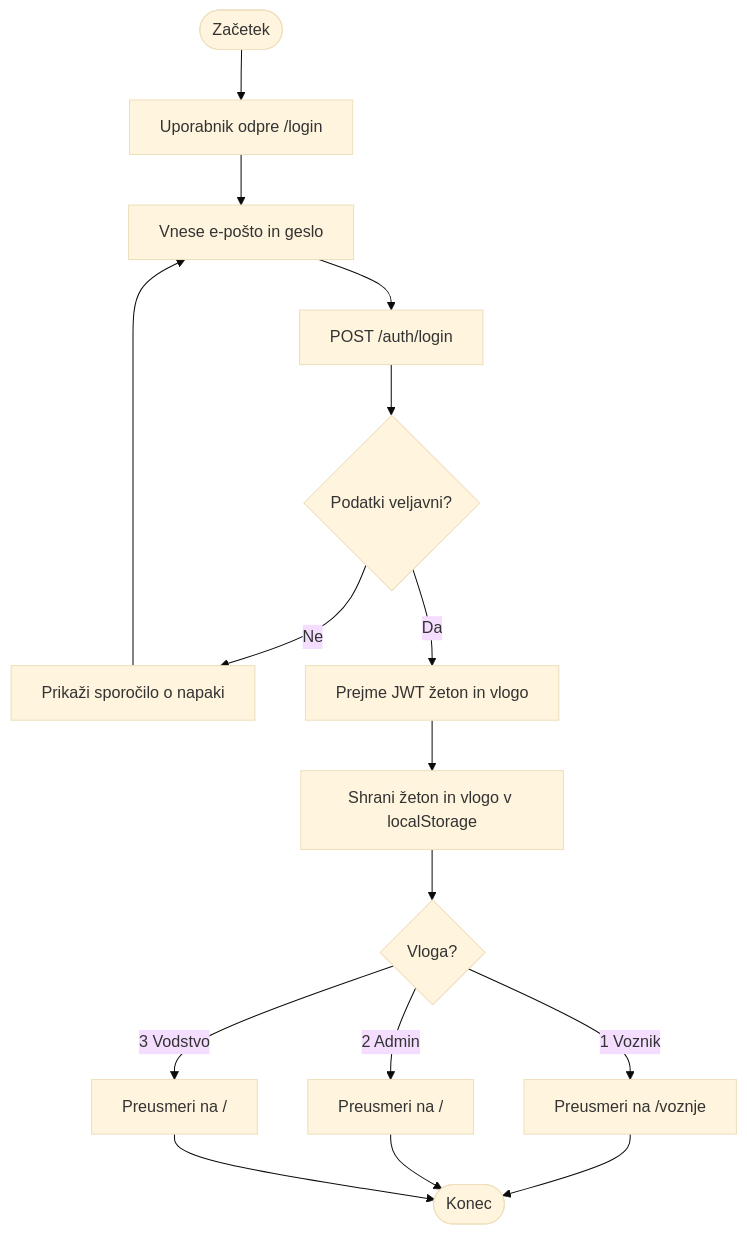
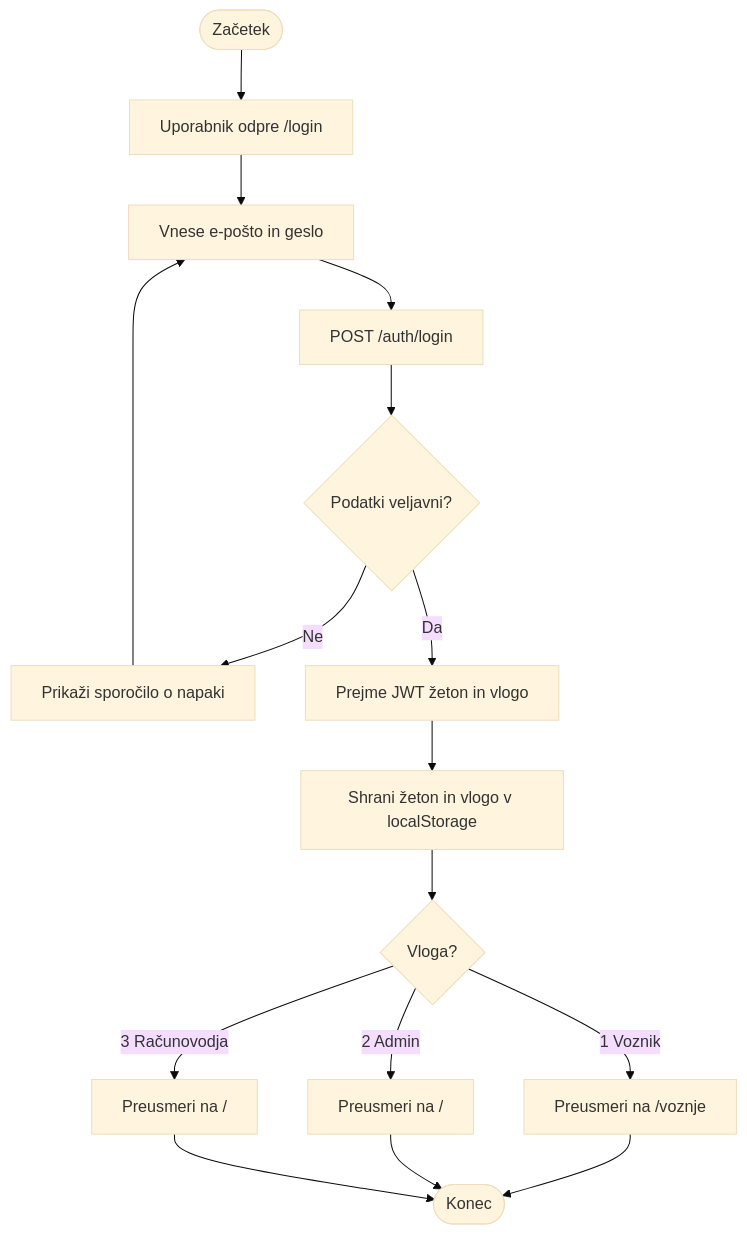
Diagram 14 of 15 in README.md (Valeri123car/Projekt2026), drawn with Mermaid (base theme) before and after one commit. The commit also changed other lines of this file and 3 other files, not shown here.

````diff
--- a/README.md
+++ b/README.md
@@ -1040,18 +1061,18 @@
 ```mermaid
 flowchart TD
     S([Začetek]) --> A[Uporabnik odpre /login]
     A --> B[Vnese e-pošto in geslo]
     B --> C[POST /auth/login]
     C --> D{Podatki veljavni?}
     D -->|Ne| E[Prikaži sporočilo o napaki]
     E --> B
     D -->|Da| F[Prejme JWT žeton in vlogo]
     F --> G[Shrani žeton in vlogo v localStorage]
     G --> H{Vloga?}
     H -->|1 Voznik| I[Preusmeri na /voznje]
     H -->|2 Admin| J[Preusmeri na /]
-    H -->|3 Vodstvo| K[Preusmeri na /]
+    H -->|3 Računovodja| K[Preusmeri na /]
     I --> EN([Konec])
     J --> EN
     K --> EN
 ```
````
